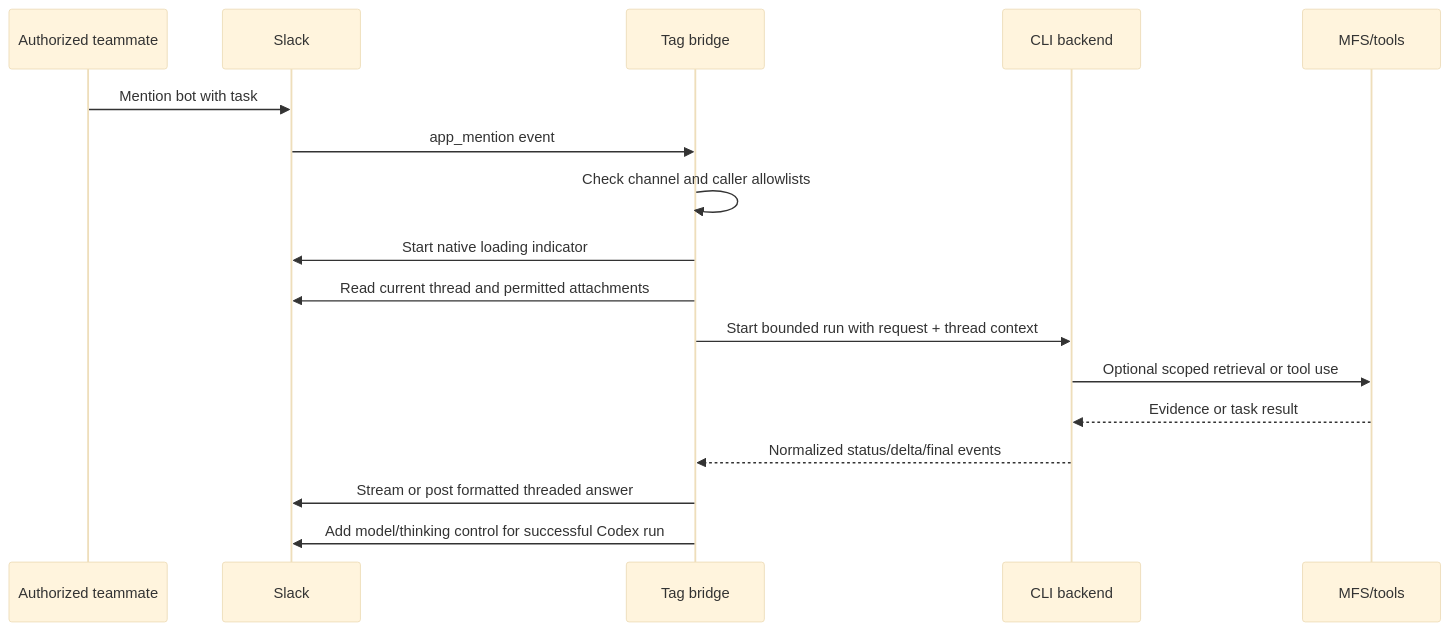
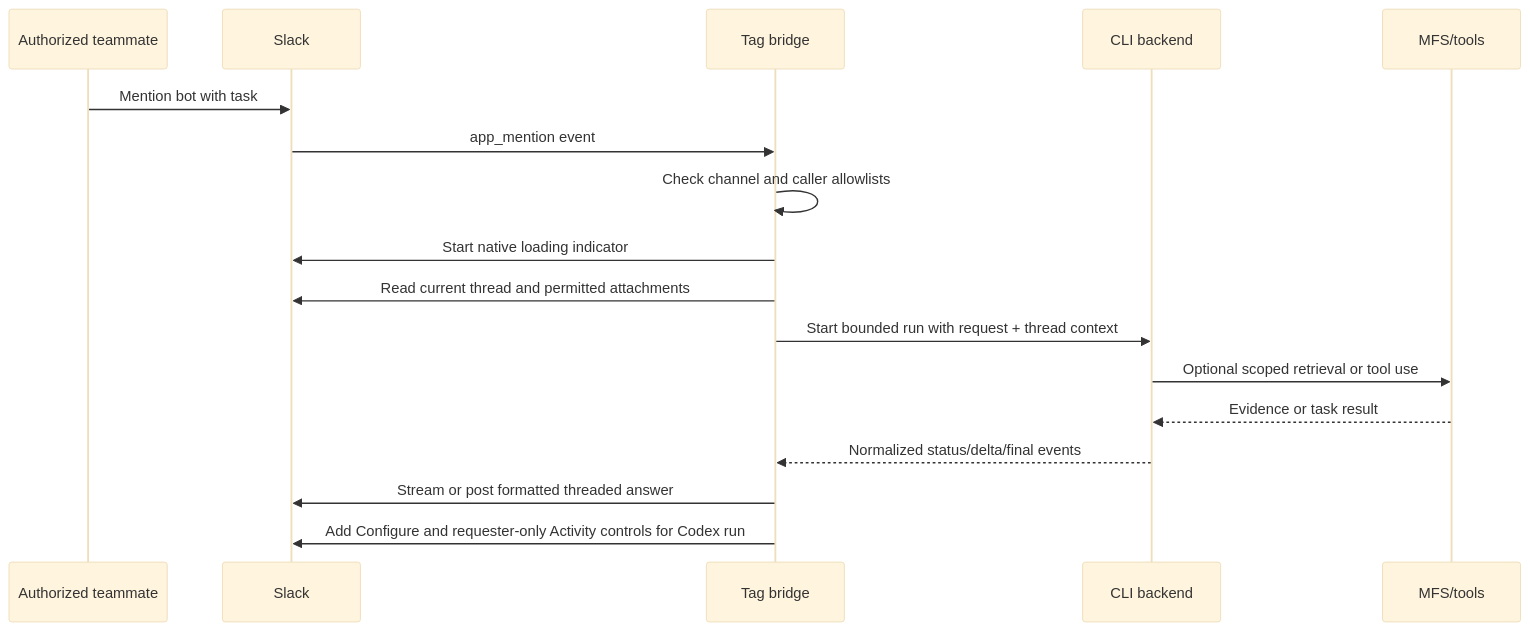
One commit to klovr-co/hover-tag changed the sixth of 18 diagrams in docs/user-flows.md. Above: the diagram before and after it, drawn with Mermaid (base theme). The commit also changed other lines of this file and 12 other files, not shown here.

Commit message:
Add requester-only activity views for Codex runs

````diff
--- a/docs/user-flows.md
+++ b/docs/user-flows.md
@@ -241,20 +245,20 @@
 ```mermaid
 sequenceDiagram
     participant U as Authorized teammate
     participant S as Slack
     participant T as Tag bridge
     participant B as CLI backend
     participant M as MFS/tools
 
     U->>S: Mention bot with task
     S->>T: app_mention event
     T->>T: Check channel and caller allowlists
     T->>S: Start native loading indicator
     T->>S: Read current thread and permitted attachments
     T->>B: Start bounded run with request + thread context
     B->>M: Optional scoped retrieval or tool use
     M-->>B: Evidence or task result
     B-->>T: Normalized status/delta/final events
     T->>S: Stream or post formatted threaded answer
-    T->>S: Add model/thinking control for successful Codex run
+    T->>S: Add Configure and requester-only Activity controls for Codex run
 ```
````
